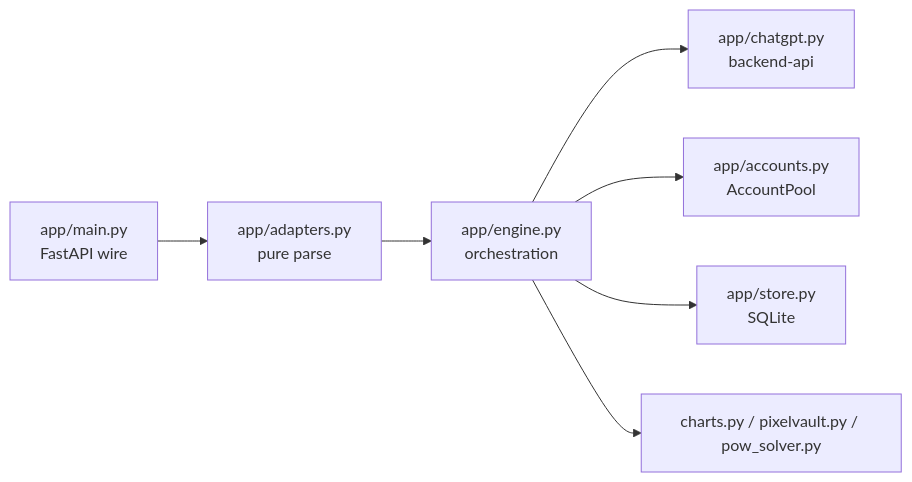
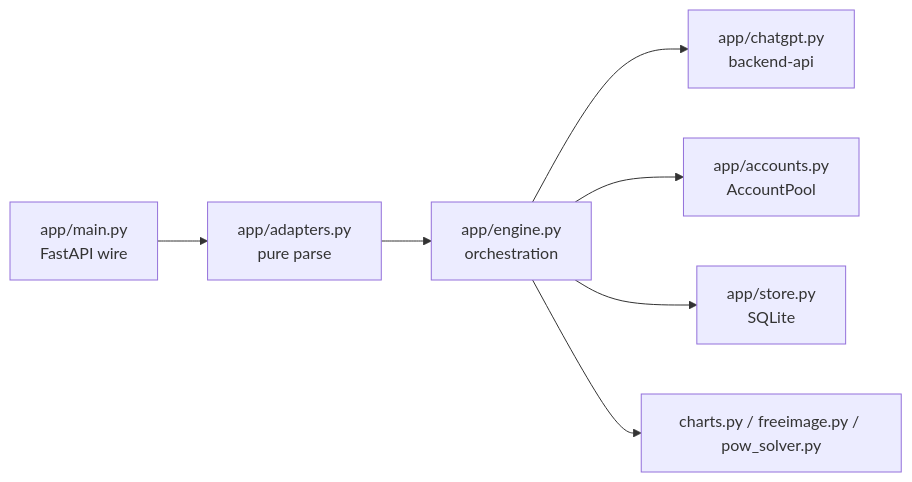
The diagram in AGENTS.md (anojndr/chatgpt.com-to-openai-api), drawn with Mermaid before and after one commit. The commit also changed other lines of this file and 7 other files, not shown here.

````diff
--- a/AGENTS.md
+++ b/AGENTS.md
@@ -11,9 +11,9 @@
 ```mermaid
 graph LR
   main[app/main.py<br/>FastAPI wire] --> ad[app/adapters.py<br/>pure parse]
   ad --> eng[app/engine.py<br/>orchestration]
   eng --> gpt[app/chatgpt.py<br/>backend-api]
   eng --> pool[app/accounts.py<br/>AccountPool]
   eng --> store[app/store.py<br/>SQLite]
-  eng --> aux[charts.py / pixelvault.py / pow_solver.py]
+  eng --> aux[charts.py / freeimage.py / pow_solver.py]
 ```
````
